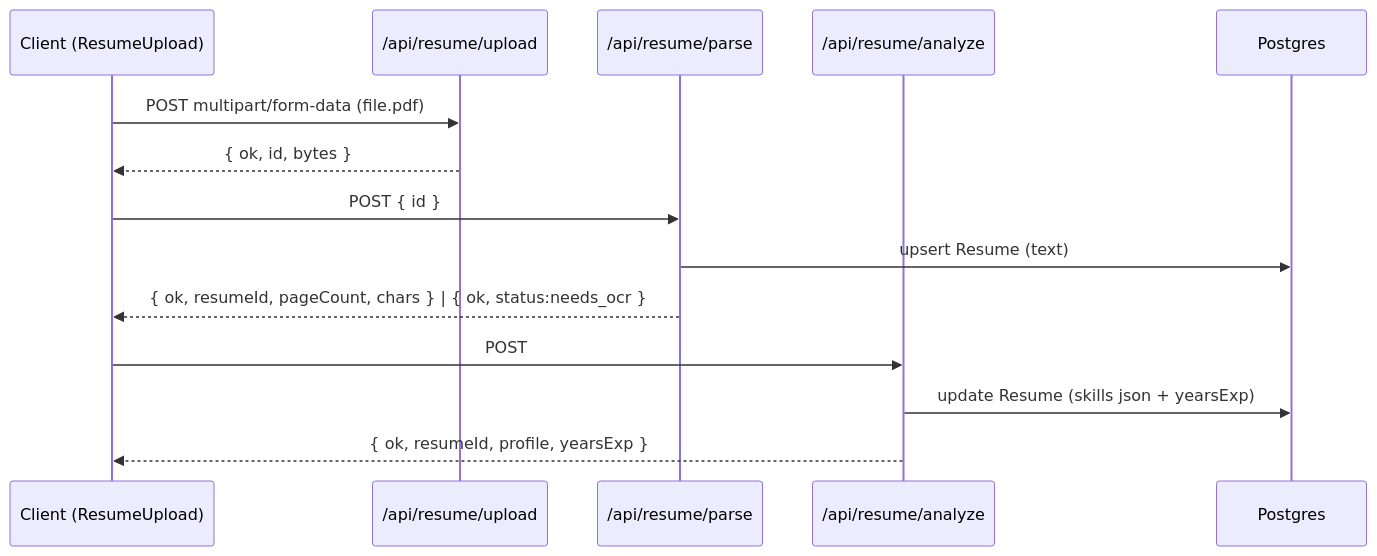
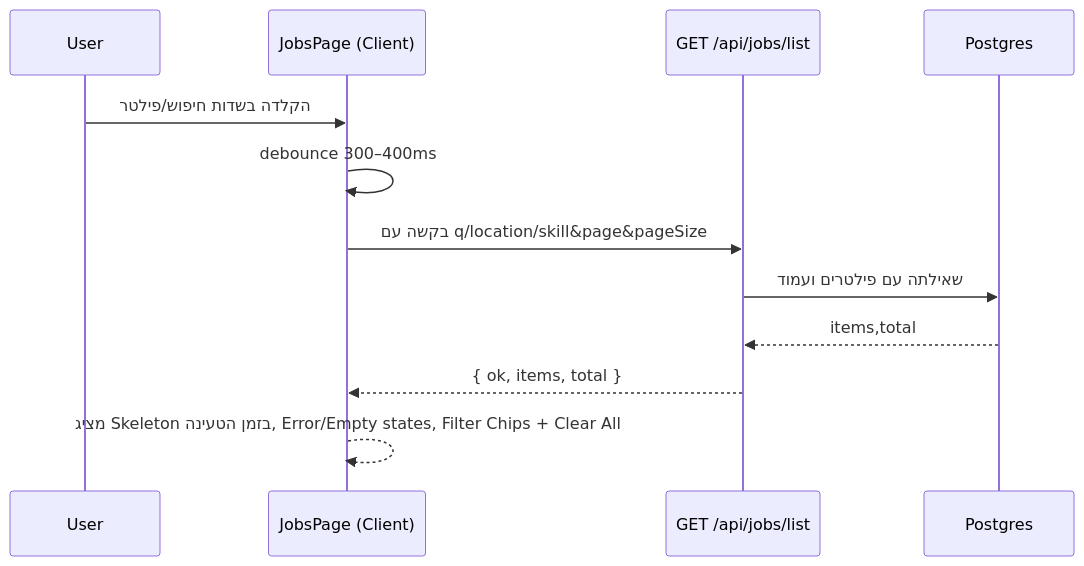
One commit to itayshabtay452/job-ai-app changed the first of 2 diagrams in README.md. Above: the diagram before and after it, drawn with Mermaid. The commit also changed other lines of this file, not shown here.

````diff
--- a/README.md
+++ b/README.md
@@ -40,17 +41,15 @@
 ```mermaid
 sequenceDiagram
-  participant C as Client (ResumeUpload)
-  participant U as /api/resume/upload
-  participant P as /api/resume/parse
-  participant A as /api/resume/analyze
+  participant U as User
+  participant FE as JobsPage (Client)
+  participant API as GET /api/jobs/list
   participant DB as Postgres
 
-  C->>U: POST multipart/form-data (file.pdf)
-  U-->>C: { ok, id, bytes }
-  C->>P: POST { id }
-  P->>DB: upsert Resume (text)
-  P-->>C: { ok, resumeId, pageCount, chars } | { ok, status:needs_ocr }
-  C->>A: POST
-  A->>DB: update Resume (skills json + yearsExp)
-  A-->>C: { ok, resumeId, profile, yearsExp }
+  U->>FE: הקלדה בשדות חיפוש/פילטר
+  FE->>FE: debounce 300–400ms
+  FE->>API: בקשה עם q/location/skill&page&pageSize
+  API->>DB: שאילתה עם פילטרים ועמוד
+  DB-->>API: items,total
+  API-->>FE: { ok, items, total }
+  FE-->>FE: מציג Skeleton בזמן הטעינה, Error/Empty states, Filter Chips + Clear All
 ```
````
